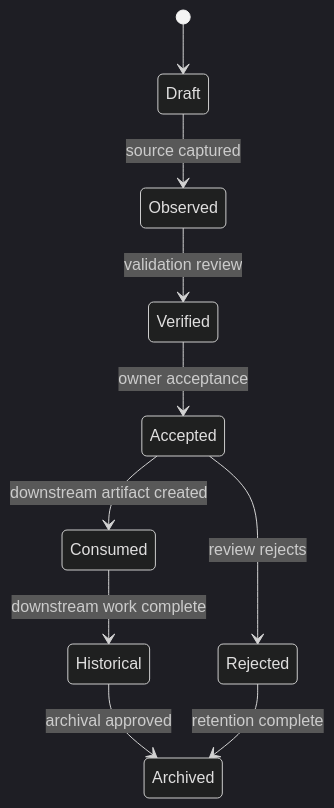
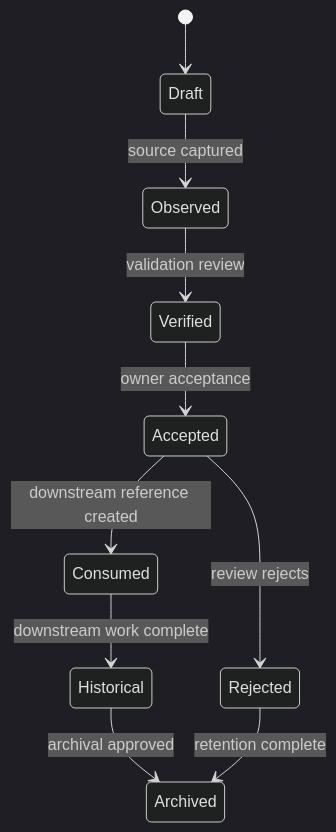
The second of 2 diagrams in docs/AI/Architecture/Standards/STD-002-Discovery-Standard.md (doallon/forge-ai), drawn with Mermaid (dark theme) before and after one commit. The commit also changed other lines of this file, not shown here.

````diff
--- a/docs/AI/Architecture/Standards/STD-002-Discovery-Standard.md
+++ b/docs/AI/Architecture/Standards/STD-002-Discovery-Standard.md
@@ -1023,12 +1014,12 @@
 ```mermaid
 stateDiagram-v2
     [*] --> Draft
     Draft --> Observed: source captured
     Observed --> Verified: validation review
     Verified --> Accepted: owner acceptance
-    Accepted --> Consumed: downstream artifact created
+    Accepted --> Consumed: downstream reference created
     Accepted --> Rejected: review rejects
     Consumed --> Historical: downstream work complete
     Historical --> Archived: archival approved
     Rejected --> Archived: retention complete
 ```
````
